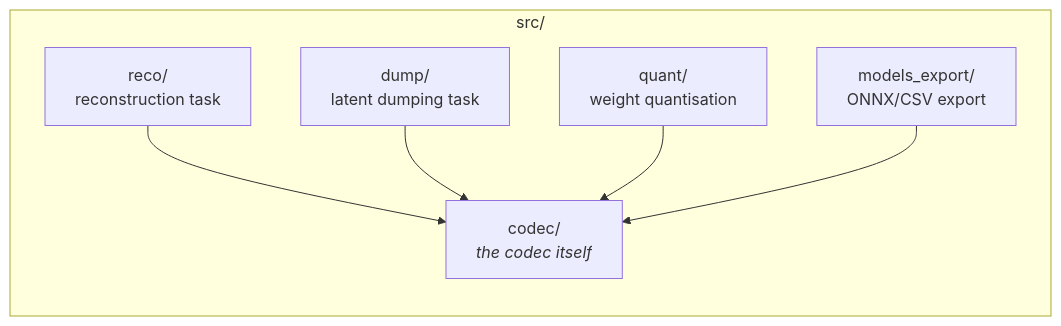
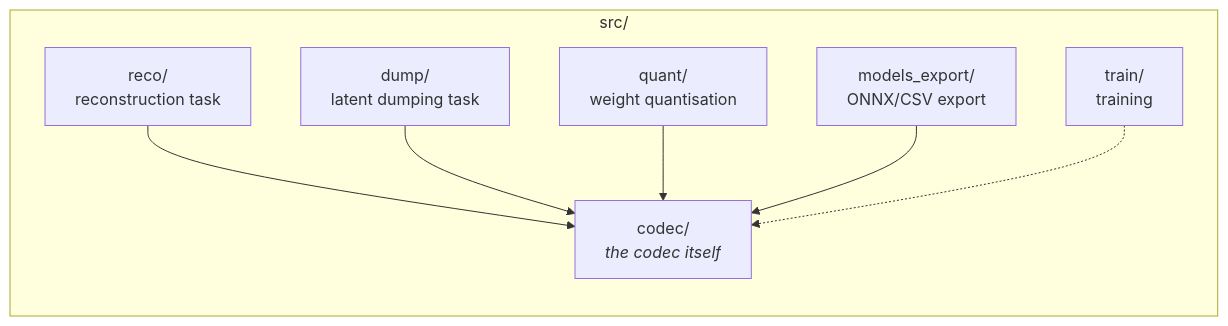
One commit to akarabutov/jpeg-ai-reference-software changed the diagram in docs/architecture/01-repository-layout.md. Above: the diagram before and after it, drawn with Mermaid. The commit also changed other lines of this file and 8 other files, not shown here.

First line of the commit message:
Bring the architecture docs back in line with the merged upstream

````diff
--- a/docs/architecture/01-repository-layout.md
+++ b/docs/architecture/01-repository-layout.md
@@ -23,15 +23,17 @@
 ```mermaid
 flowchart LR
     subgraph SRC["src/"]
         CODEC["codec/<br/><i>the codec itself</i>"]
         RECO["reco/<br/>reconstruction task"]
         DUMP["dump/<br/>latent dumping task"]
         QUANT["quant/<br/>weight quantisation"]
         EXPORT["models_export/<br/>ONNX/CSV export"]
+        TRAIN["train/<br/>training"]
     end
 
     RECO --> CODEC
     DUMP --> CODEC
     QUANT --> CODEC
     EXPORT --> CODEC
+    TRAIN -.-> CODEC
 ```
````
